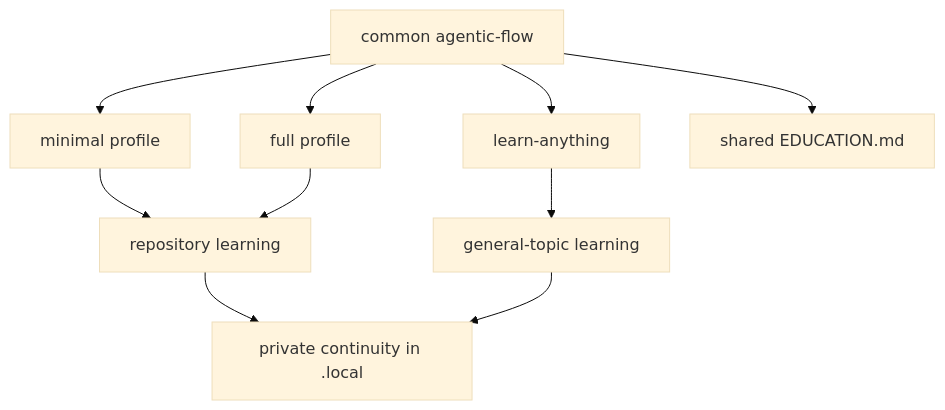
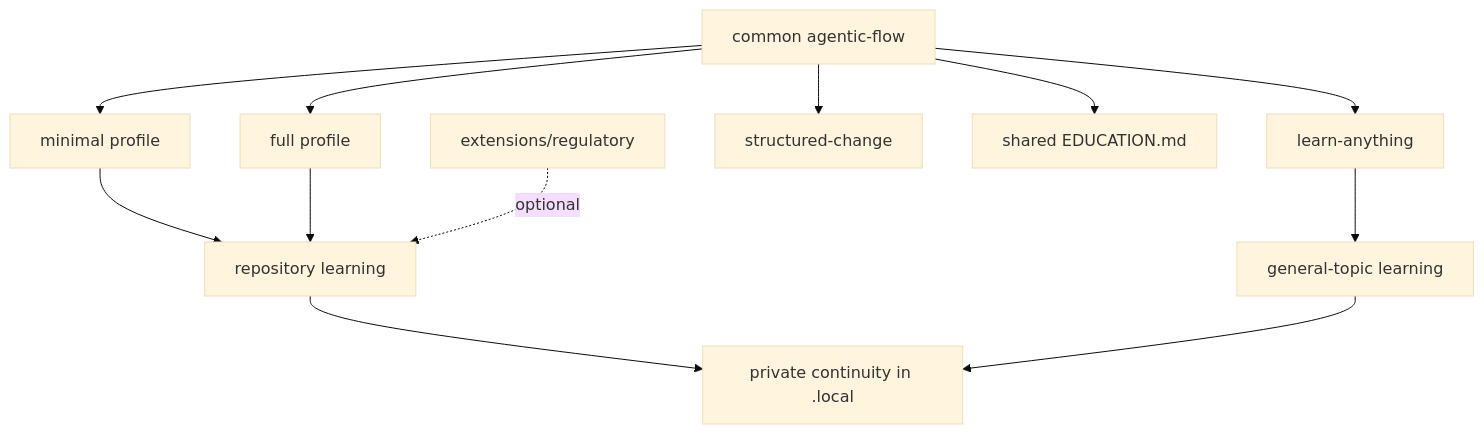
One commit to legrab/codebase-learning-flow changed the diagram in sample/README.md. Above: the diagram before and after it, drawn with Mermaid (base theme). The commit also changed other lines of this file and 51 other files, not shown here.

````diff
--- a/sample/README.md
+++ b/sample/README.md
@@ -5,12 +5,14 @@
 ```mermaid
 flowchart TB
     C[common agentic-flow] --> M[minimal profile]
     C --> F[full profile]
     C --> G[learn-anything]
+    C --> SC[structured-change]
     C --> E[shared EDUCATION.md]
     M --> L[repository learning]
     F --> L
     G --> N[general-topic learning]
     L --> P[private continuity in .local]
     N --> P
+    Ext[extensions/regulatory] -.optional.-> L
 ```
````
